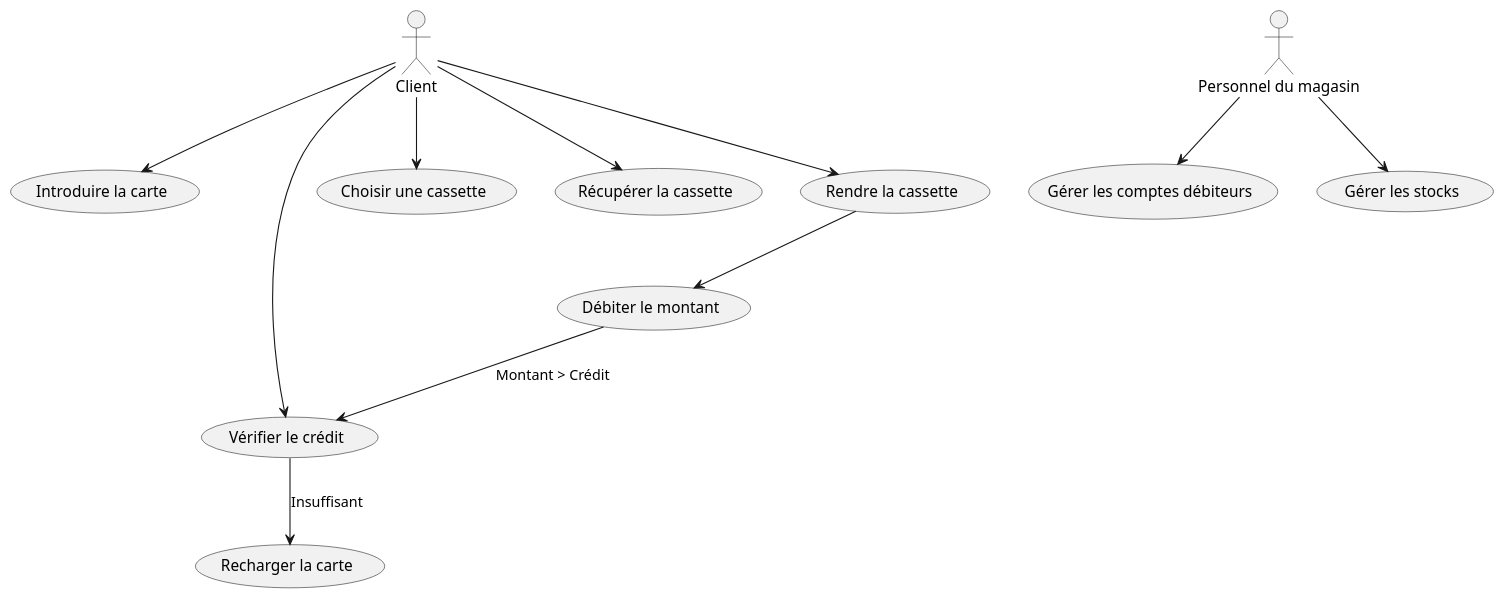
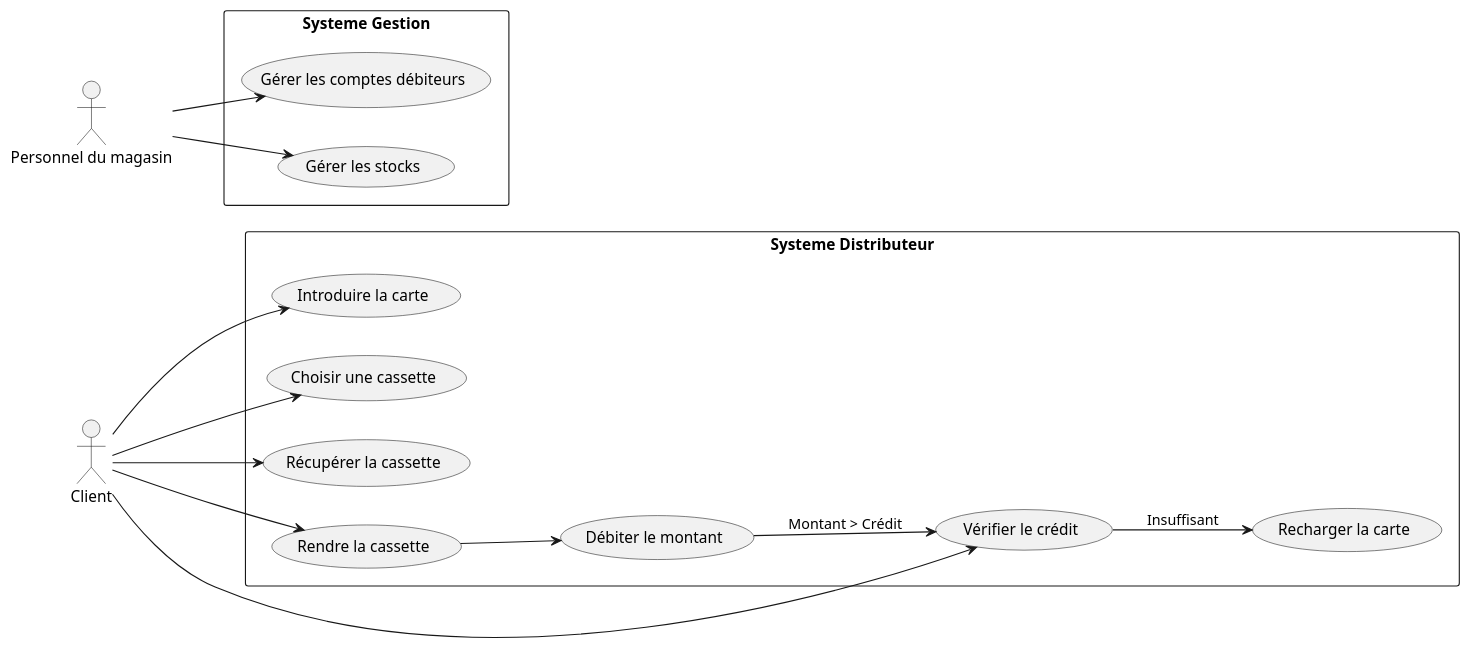
One commit to uboYanis/upec changed the diagram in Le langage UML – La vue fonctionnelle/Distributeur automatique de cassettes vidéo.md. Above: the diagram before and after it, drawn with PlantUML. The commit also changed other lines of this file, not shown here.

Commit message:
Update Distributeur automatique de cassettes vidéo.md

````diff
--- a/Le langage UML – La vue fonctionnelle/Distributeur automatique de cassettes vidéo.md
+++ b/Le langage UML – La vue fonctionnelle/Distributeur automatique de cassettes vidéo.md
@@ -5,27 +7,37 @@
 ```puml
 @startuml
+left to right direction
+skinparam packageStyle rect
+
 actor Client
 actor Magasin as "Personnel du magasin"
 
+rectangle "Systeme Distributeur" {
 usecase "Introduire la carte" as UC_IntroduireCarte
 usecase "Vérifier le crédit" as UC_VerifierCredit
 usecase "Choisir une cassette" as UC_ChoisirCassette
 usecase "Récupérer la cassette" as UC_RecupererCassette
 usecase "Rendre la cassette" as UC_RendreCassette
 usecase "Débiter le montant" as UC_DebiterMontant
 usecase "Recharger la carte" as UC_RechargerCarte
-usecase "Gérer les comptes débiteurs" as UC_GererComptesDebiteurs
-usecase "Gérer les stocks" as UC_GererStocks
 
 Client --> UC_IntroduireCarte
 Client --> UC_VerifierCredit
 Client --> UC_ChoisirCassette
 Client --> UC_RecupererCassette
 Client --> UC_RendreCassette
 UC_RendreCassette --> UC_DebiterMontant
 UC_DebiterMontant --> UC_VerifierCredit: "Montant > Crédit"
 UC_VerifierCredit --> UC_RechargerCarte: "Insuffisant"
+}
+
+rectangle "Systeme Gestion" {
+usecase "Gérer les comptes débiteurs" as UC_GererComptesDebiteurs
+usecase "Gérer les stocks" as UC_GererStocks
+
 Magasin --> UC_GererComptesDebiteurs
 Magasin --> UC_GererStocks
+}
+
 @enduml
 ```
````
